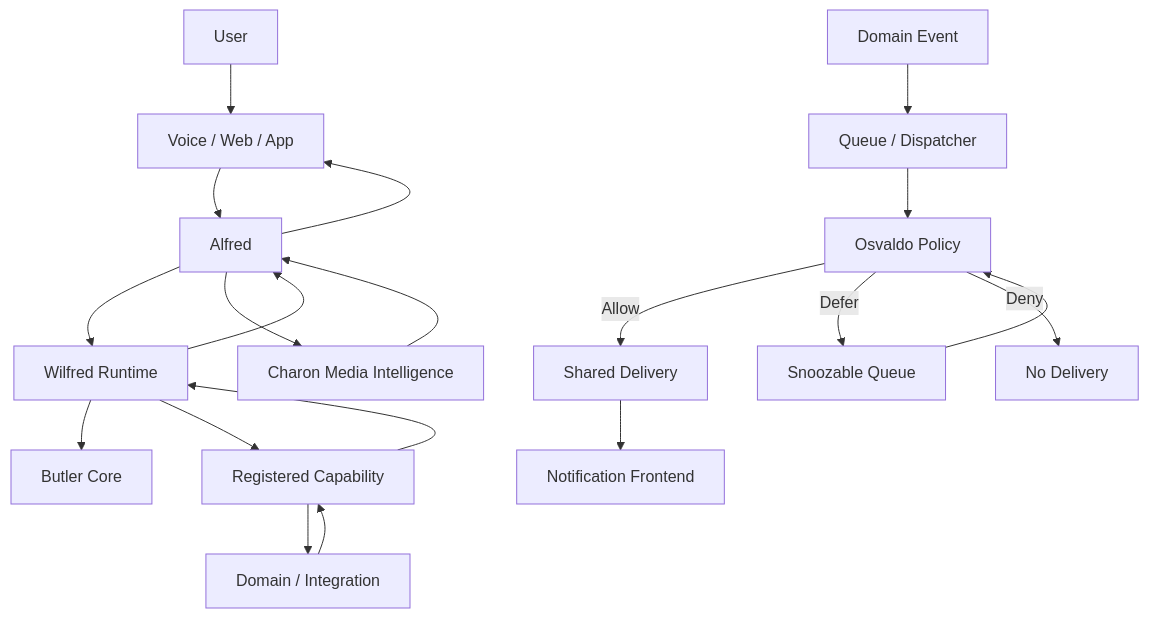
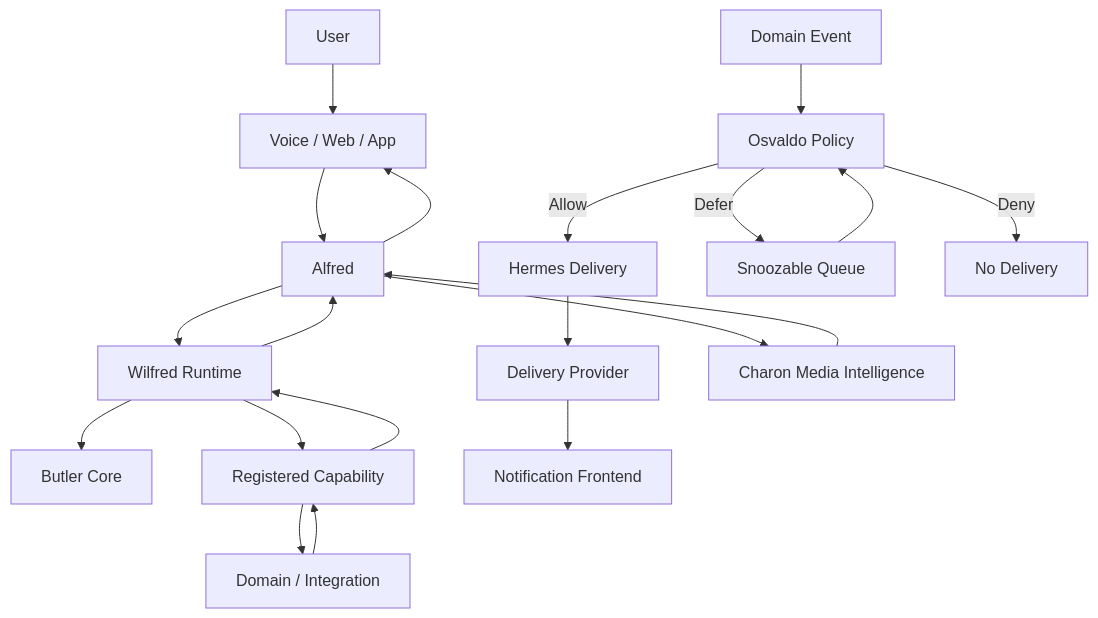
One commit to keriol/Iot-home-automation changed the diagram in docs/diagrams/alfred-ecosystem-flow.md. Above: the diagram before and after it, drawn with Mermaid. The commit also changed other lines of this file, not shown here.

Commit message:
docs(portfolio): refresh Alfred ecosystem flow [DOC-003]

````diff
--- a/docs/diagrams/alfred-ecosystem-flow.md
+++ b/docs/diagrams/alfred-ecosystem-flow.md
@@ -3,28 +3,28 @@
 ```mermaid
 flowchart TD
     User[User] --> Frontend[Voice / Web / App]
     Frontend --> Alfred[Alfred]
 
     Alfred --> Wilfred[Wilfred Runtime]
     Wilfred --> Core[Butler Core]
     Wilfred --> Capability[Registered Capability]
 
     Capability --> Domain[Domain / Integration]
     Domain --> Capability
     Capability --> Wilfred
     Wilfred --> Alfred
     Alfred --> Frontend
 
-    Event[Domain Event] --> Queue[Queue / Dispatcher]
-    Queue --> Osvaldo[Osvaldo Policy]
+    Event[Domain Event] --> Osvaldo[Osvaldo Policy]
 
-    Osvaldo -->|Allow| Delivery[Shared Delivery]
+    Osvaldo -->|Allow| Hermes[Hermes Delivery]
     Osvaldo -->|Defer| Snoozable[Snoozable Queue]
     Osvaldo -->|Deny| NoDelivery[No Delivery]
 
     Snoozable --> Osvaldo
-    Delivery --> NotificationFrontend[Notification Frontend]
+    Hermes --> Provider[Delivery Provider]
+    Provider --> NotificationFrontend[Notification Frontend]
 
     Alfred --> Charon[Charon Media Intelligence]
     Charon --> Alfred
 ```
````
